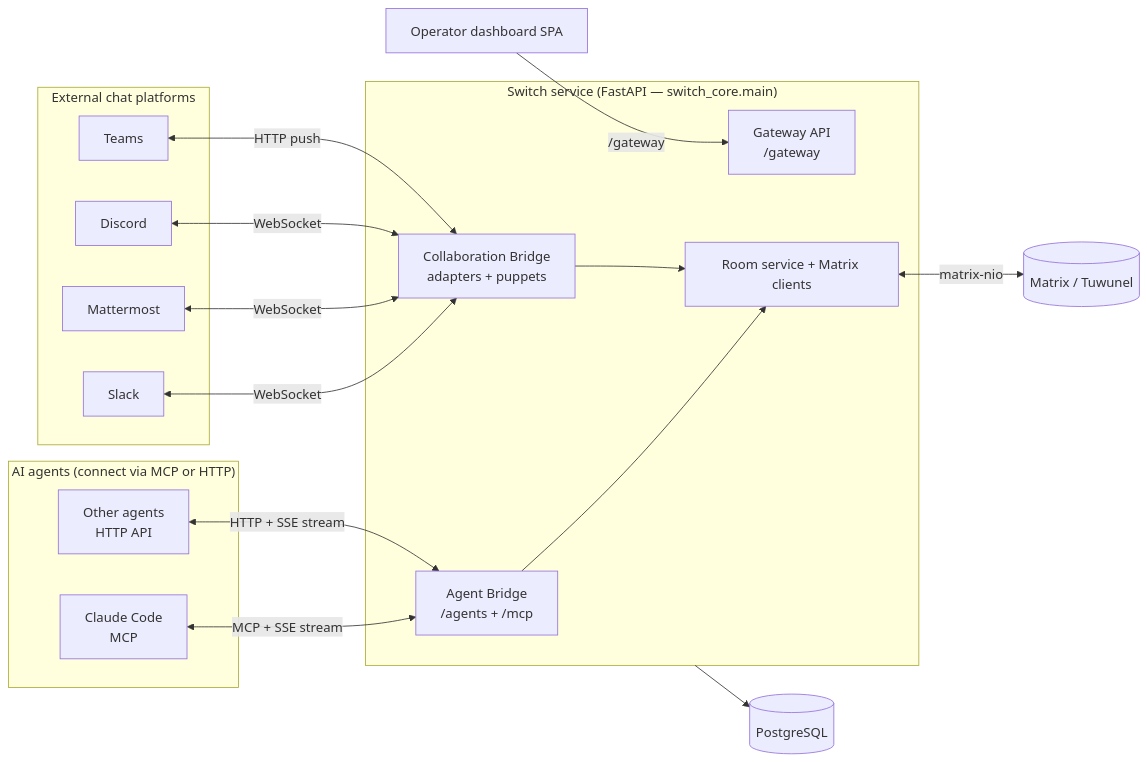
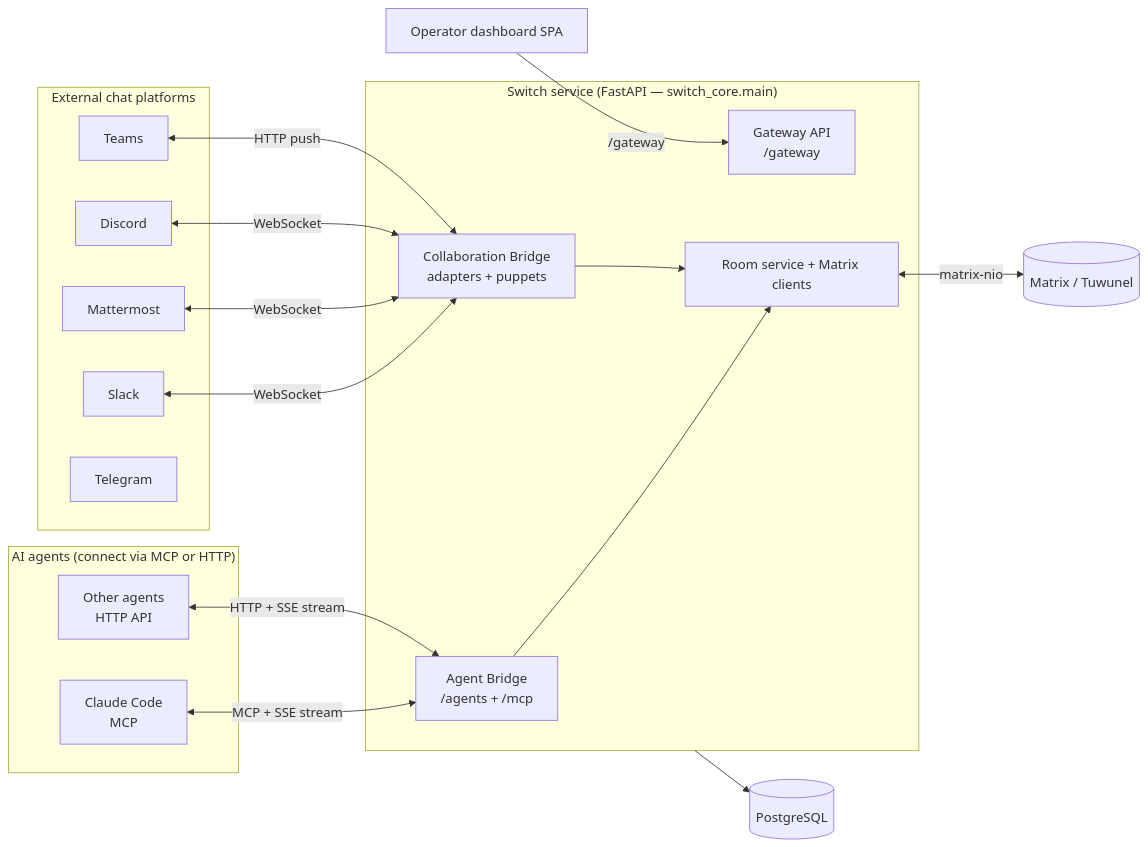
Before and after one commit to sandbox-quantum/switch: the first of 2 diagrams in docs/ARCHITECTURE.md, drawn with Mermaid. The commit also changed other lines of this file and 6 other files, not shown here.

````diff
--- a/docs/ARCHITECTURE.md
+++ b/docs/ARCHITECTURE.md
@@ -44,37 +44,38 @@
 ```mermaid
 flowchart LR
   subgraph ext["External chat platforms"]
     SL[Slack]
     MM[Mattermost]
     DC[Discord]
     TE[Teams]
+    TG[Telegram]
   end
 
   subgraph agents["AI agents (connect via MCP or HTTP)"]
     A1[Claude Code<br/>MCP]
     A2[Other agents<br/>HTTP API]
   end
 
   subgraph svc["Switch service (FastAPI — switch_core.main)"]
     AB[Agent Bridge<br/>/agents + /mcp]
     CB[Collaboration Bridge<br/>adapters + puppets]
     GW[Gateway API<br/>/gateway]
     CORE[Room service + Matrix clients]
   end
 
   MX[("Matrix / Tuwunel")]
   DB[("PostgreSQL")]
   OPS[Operator dashboard SPA]
 
   A1 <-->|MCP + SSE stream| AB
   A2 <-->|HTTP + SSE stream| AB
   SL <-->|WebSocket| CB
   MM <-->|WebSocket| CB
   DC <-->|WebSocket| CB
   TE <-->|HTTP push| CB
   AB --> CORE
   CB --> CORE
   CORE <-->|matrix-nio| MX
   svc --> DB
   OPS -->|/gateway| GW
 ```
````
